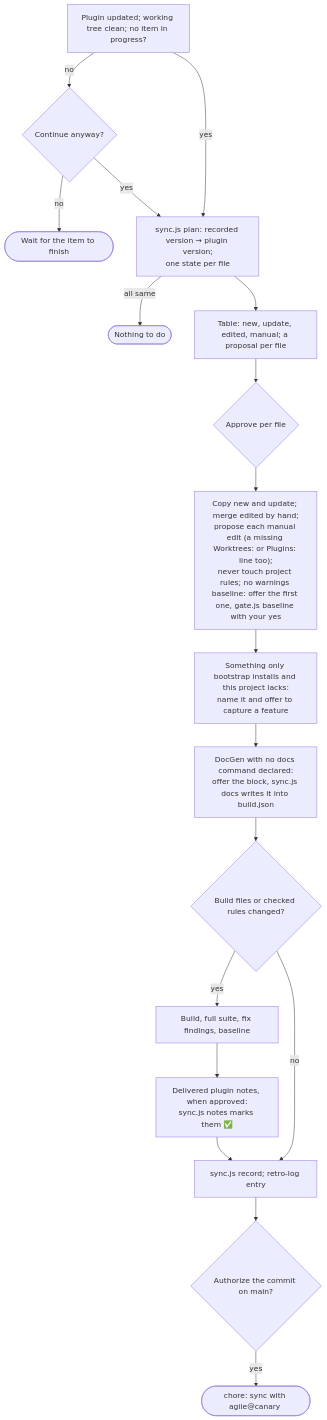
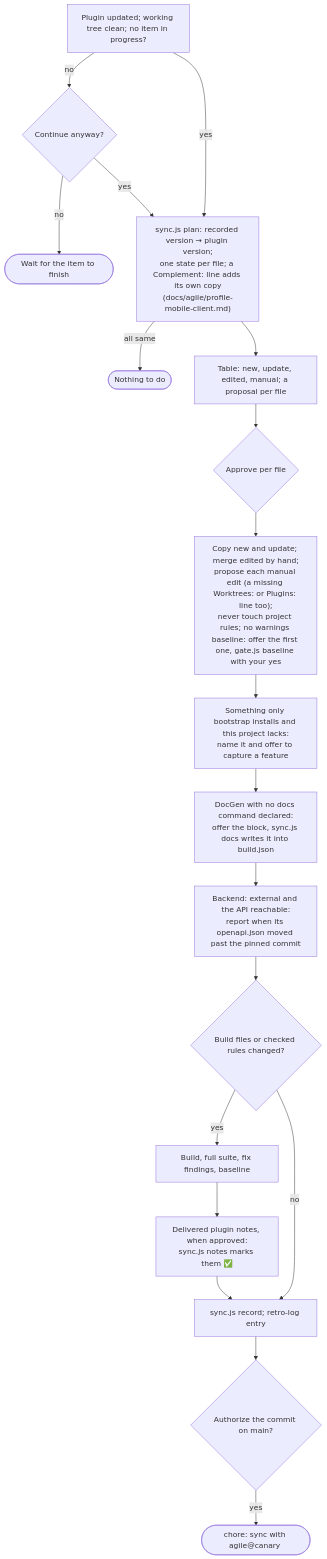
Diagram 16 of 20 in docs/agile/workflow.md (alexcanario/simulab), drawn with Mermaid before and after one commit. The commit also changed other lines of this file and 17 other files, not shown here.

Commit message:
chore: sync with agile@canary 0.0.97

````diff
--- a/docs/agile/workflow.md
+++ b/docs/agile/workflow.md
@@ -1646,20 +2218,21 @@
 ```mermaid
 flowchart TD
     A["Plugin updated; working tree clean; no item in progress?"] -->|no| A1{"Continue anyway?"}
     A1 -->|no| A2(["Wait for the item to finish"])
-    A -->|yes| B["sync.js plan: recorded version → plugin version;<br/>one state per file"]
+    A -->|yes| B["sync.js plan: recorded version → plugin version;<br/>one state per file; a Complement: line adds its own copy<br/>(docs/agile/profile-mobile-client.md)"]
     A1 -->|yes| B
     B -->|all same| B1(["Nothing to do"])
     B --> C["Table: new, update, edited, manual; a proposal per file"]
     C --> D{"Approve per file"}
     D --> E["Copy new and update; merge edited by hand;<br/>propose each manual edit (a missing Worktrees: or Plugins: line too);<br/>never touch project rules; no warnings baseline: offer the first one, gate.js baseline with your yes"]
     E --> E2["Something only bootstrap installs and this project lacks:<br/>name it and offer to capture a feature"]
     E2 --> E3["DocGen with no docs command declared:<br/>offer the block, sync.js docs writes it into build.json"]
-    E3 --> F{"Build files or checked rules changed?"}
+    E3 --> E4["Backend: external and the API reachable:<br/>report when its openapi.json moved past the pinned commit"]
+    E4 --> F{"Build files or checked rules changed?"}
     F -->|yes| G["Build, full suite, fix findings, baseline"]
     F -->|no| H
     G --> G2["Delivered plugin notes, when approved:<br/>sync.js notes marks them ✅"]
     G2 --> H["sync.js record; retro-log entry"]
     H --> I{"Authorize the commit on main?"}
     I -->|yes| J(["chore: sync with agile@canary <version>"])
 ```
````
